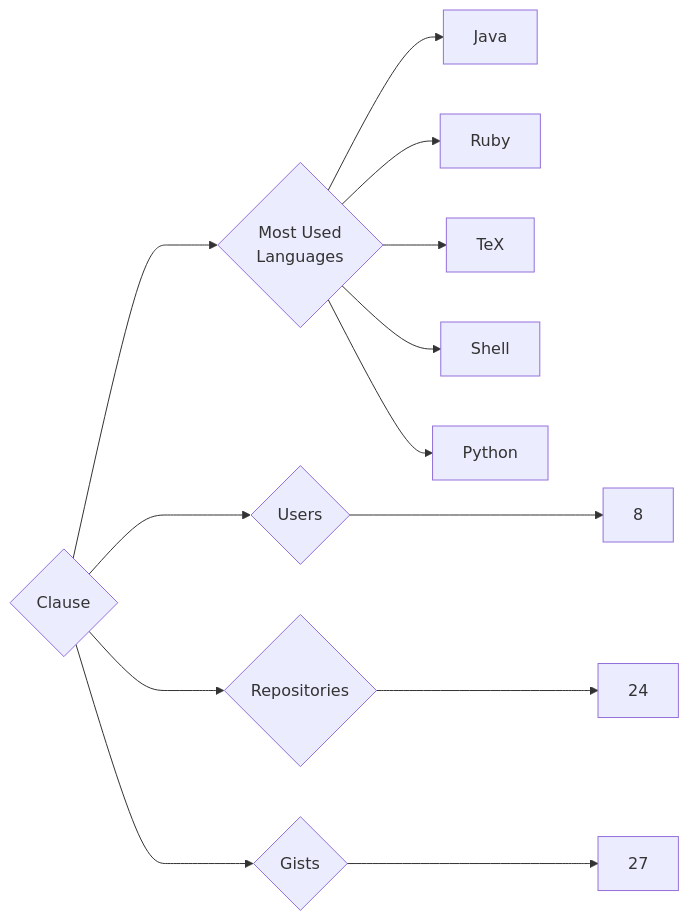
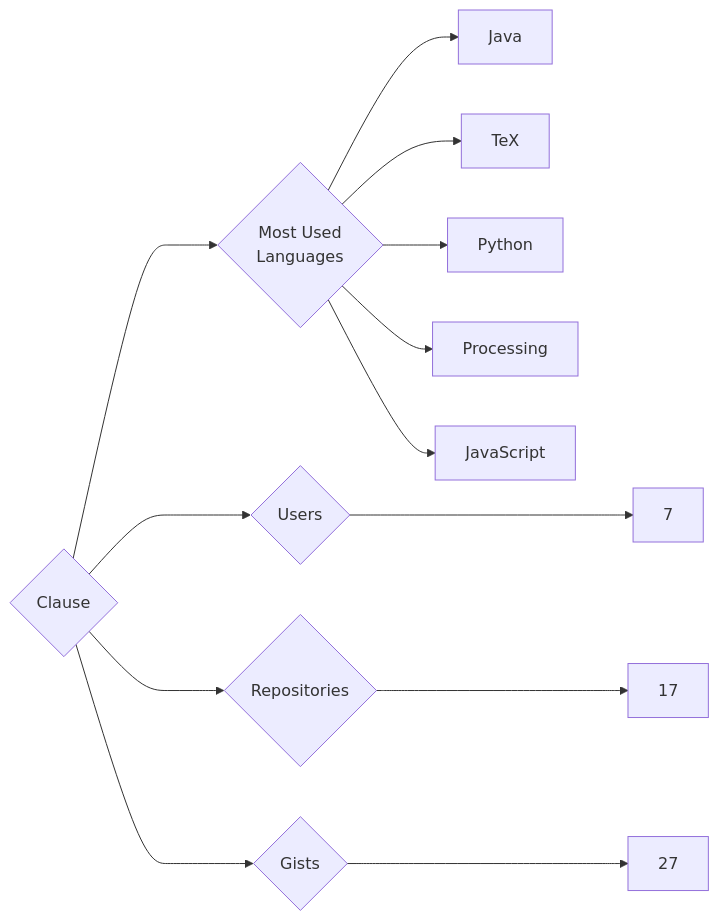
One commit to trickest/insiders changed the diagram in targets/Clause/README.md. Above: the diagram before and after it, drawn with Mermaid. The commit also changed 912 other files, not shown here.

````diff
--- a/targets/Clause/README.md
+++ b/targets/Clause/README.md
@@ -3,13 +3,13 @@
 ```mermaid
 graph LR
 COMPANY_NAME{Clause}
-COMPANY_NAME ---> U{Users} ---> UN[8]
-COMPANY_NAME ---> R{Repositories} ---> RN[24]
+COMPANY_NAME ---> U{Users} ---> UN[7]
+COMPANY_NAME ---> R{Repositories} ---> RN[17]
 COMPANY_NAME ---> G{Gists} ---> GN[27]
 COMPANY_NAME ---> ML{Most Used<br>Languages}
 ML --> Java[Java]
-ML --> Ruby[Ruby]
 ML --> TeX[TeX]
-ML --> Shell[Shell]
 ML --> Python[Python]
+ML --> Processing[Processing]
+ML --> JavaScript[JavaScript]
 ```
````
